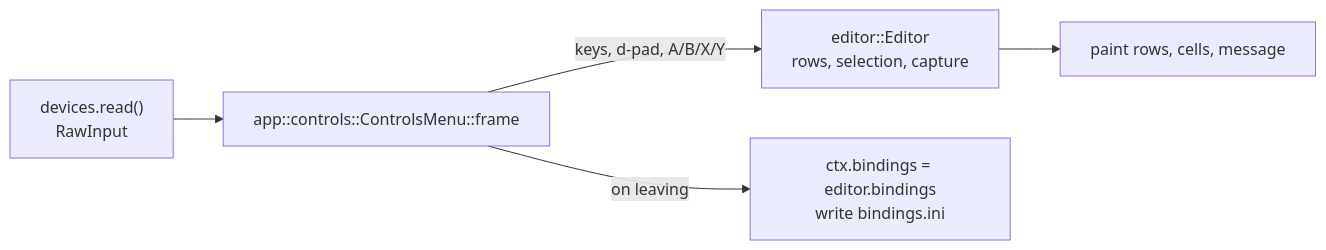
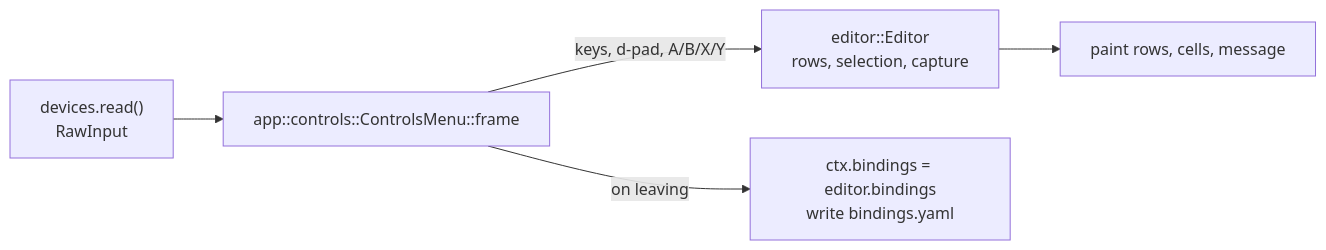
The second of 2 diagrams in docs/architecture/input.md (bbogovich/OpenInterceptor), drawn with Mermaid before and after one commit. The commit also changed other lines of this file and 56 other files, not shown here.

````diff
--- a/docs/architecture/input.md
+++ b/docs/architecture/input.md
@@ -75,7 +76,7 @@
 ```mermaid
 flowchart LR
     DEV["devices.read()<br/>RawInput"] --> CM["app::controls::ControlsMenu::frame"]
     CM -- "keys, d-pad, A/B/X/Y" --> ED["editor::Editor<br/>rows, selection, capture"]
     ED --> PAINT["paint rows, cells, message"]
-    CM -- "on leaving" --> AP["ctx.bindings = editor.bindings<br/>write bindings.ini"]
+    CM -- "on leaving" --> AP["ctx.bindings = editor.bindings<br/>write bindings.yaml"]
 ```
````
